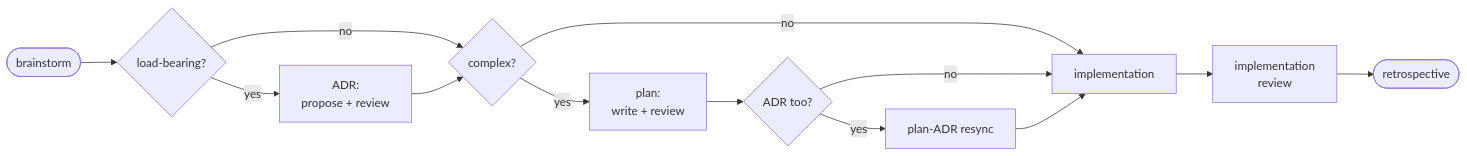
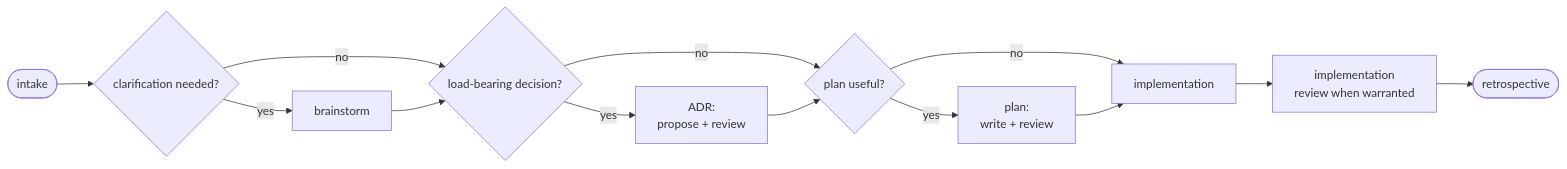
Before and after one commit to hypnotox/agentic-workflows: the first of 2 diagrams in README.md, drawn with Mermaid. The commit also changed other lines of this file and 1 other file, not shown here.

Commit message:
docs(plans): settle integration freshness review

````diff
--- a/README.md
+++ b/README.md
@@ -100,15 +103,15 @@
 ```mermaid
 flowchart LR
-    B([brainstorm]) --> Q1{load-bearing?}
+    IN([intake]) --> Q0{clarification needed?}
+    Q0 -->|yes| B[brainstorm]
+    Q0 -->|no| Q1{load-bearing decision?}
+    B --> Q1
     Q1 -->|yes| ADR["ADR:<br/>propose + review"]
-    Q1 -->|no| Q2{complex?}
+    Q1 -->|no| Q2{plan useful?}
     ADR --> Q2
     Q2 -->|yes| PLAN["plan:<br/>write + review"]
     Q2 -->|no| IMPL[implementation]
-    PLAN --> Q3{ADR too?}
-    Q3 -->|yes| RS[plan-ADR resync]
-    Q3 -->|no| IMPL
-    RS --> IMPL
-    IMPL --> REV["implementation<br/>review"]
+    PLAN --> IMPL
+    IMPL --> REV["implementation<br/>review when warranted"]
     REV --> RETRO([retrospective])
 ```
````
